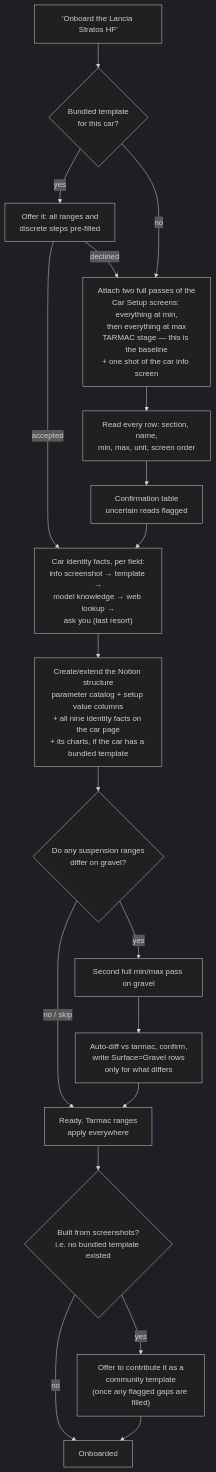
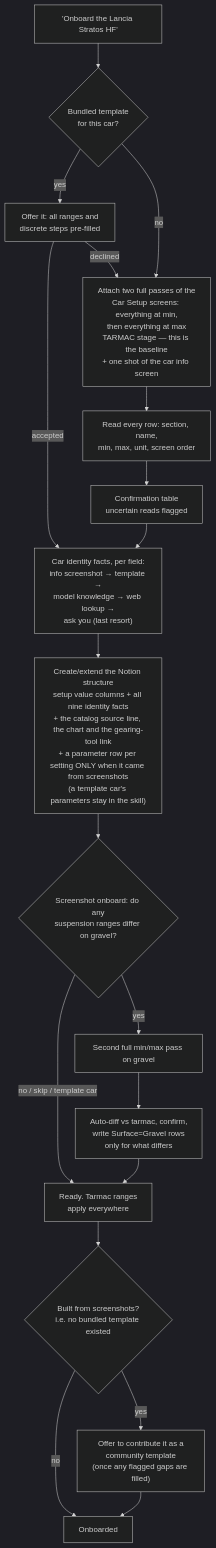
The fourth of 7 diagrams in README.md (fredmayor88/acr-setup-engineer), drawn with Mermaid (dark theme) before and after one commit. The commit also changed other lines of this file and 75 other files, not shown here.

First line of the commit message:
feat(skill): templates become the parameter catalog, Log page, ACR Car Lab link

````diff
--- a/README.md
+++ b/README.md
@@ -498,26 +515,26 @@
 ```mermaid
 flowchart TD
     Req["'Onboard the Lancia Stratos HF'"] --> Tpl{"Bundled template<br/>for this car?"}
 
     Tpl -->|"yes"| Offer["Offer it: all ranges and<br/>discrete steps pre-filled"]
     Offer -->|"accepted"| Facts
     Offer -->|"declined"| Shots
     Tpl -->|"no"| Shots["Attach two full passes of the<br/>Car Setup screens: everything at min,<br/>then everything at max<br/>TARMAC stage — this is the baseline<br/>+ one shot of the car info screen"]
 
     Shots --> Extract["Read every row: section, name,<br/>min, max, unit, screen order"]
     Extract --> Confirm["Confirmation table<br/>uncertain reads flagged"]
     Confirm --> Facts["Car identity facts, per field:<br/>info screenshot → template →<br/>model knowledge → web lookup →<br/>ask you (last resort)"]
 
-    Facts --> Notion["Create/extend the Notion structure<br/>parameter catalog + setup value columns<br/>+ all nine identity facts on the car page<br/>+ its charts, if the car has a bundled template"]
-    Notion --> Gravel{"Do any suspension ranges<br/>differ on gravel?"}
+    Facts --> Notion["Create/extend the Notion structure<br/>setup value columns + all nine identity facts<br/>+ the catalog source line, the chart and the gearing-tool link<br/>+ a parameter row per setting ONLY when it came from screenshots<br/>(a template car's parameters stay in the skill)"]
+    Notion --> Gravel{"Screenshot onboard: do any<br/>suspension ranges differ on gravel?"}
 
-    Gravel -->|"no / skip"| Done["Ready. Tarmac ranges<br/>apply everywhere"]
+    Gravel -->|"no / skip / template car"| Done["Ready. Tarmac ranges<br/>apply everywhere"]
     Gravel -->|"yes"| Second["Second full min/max pass on gravel"]
     Second --> Diff["Auto-diff vs tarmac, confirm,<br/>write Surface=Gravel rows<br/>only for what differs"]
     Diff --> Done
 
     Done --> Contrib{"Built from screenshots?<br/>i.e. no bundled template existed"}
     Contrib -->|"no"| End["Onboarded"]
     Contrib -->|"yes"| Share["Offer to contribute it as a<br/>community template<br/>(once any flagged gaps are filled)"]
     Share --> End
 ```
````
